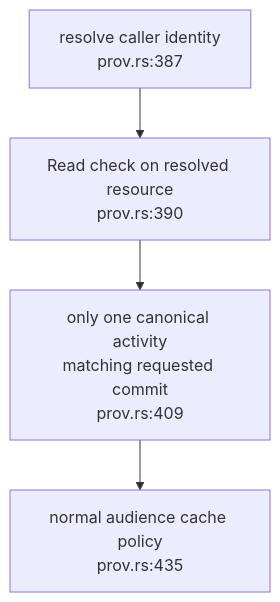
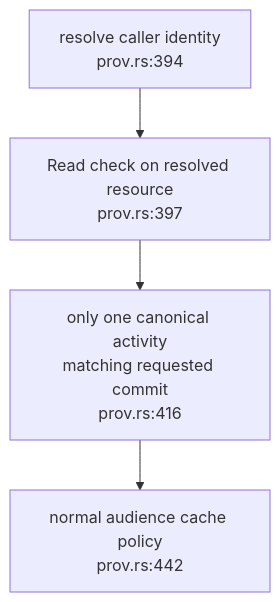
Before and after one commit to DreamLab-AI/VisionFlow: the third of 5 diagrams in docs/diagrams/solid-pod-rs/15-authority-and-payment-repairs.md, drawn with Mermaid. The commit also changed other lines of this file and 2 other files, not shown here.

First line of the commit message:
docs(diagrams): SP-07, SP-10, SP-15 re-verified at solid-pod-rs a28a748

````diff
--- a/docs/diagrams/solid-pod-rs/15-authority-and-payment-repairs.md
+++ b/docs/diagrams/solid-pod-rs/15-authority-and-payment-repairs.md
@@ -62,8 +63,8 @@
 ```mermaid
 flowchart TB
-    AUTH["resolve caller identity<br/>prov.rs:387"]
-    WAC["Read check on resolved resource<br/>prov.rs:390"]
-    SIDECAR["only one canonical activity<br/>matching requested commit<br/>prov.rs:409"]
-    CACHE["normal audience cache policy<br/>prov.rs:435"]
+    AUTH["resolve caller identity<br/>prov.rs:394"]
+    WAC["Read check on resolved resource<br/>prov.rs:397"]
+    SIDECAR["only one canonical activity<br/>matching requested commit<br/>prov.rs:416"]
+    CACHE["normal audience cache policy<br/>prov.rs:442"]
     AUTH --> WAC --> SIDECAR --> CACHE
 ```
````
